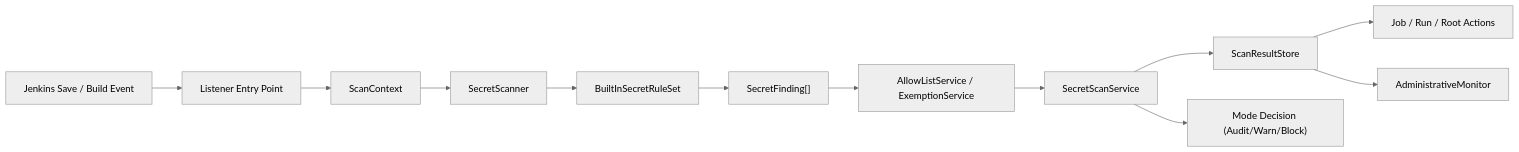
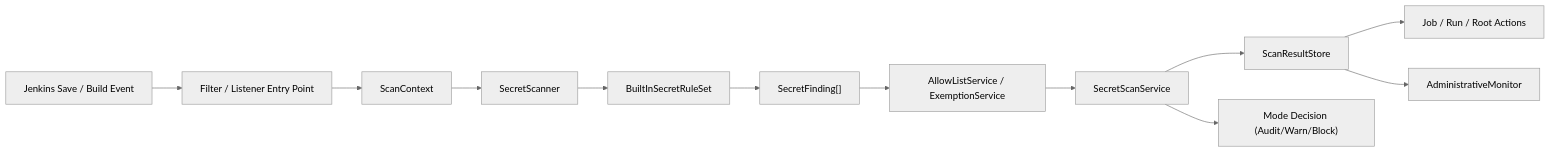
One commit to jenkinsci/secret-guard-plugin changed the diagram in docs/architecture.md. Above: the diagram before and after it, drawn with Mermaid (neutral theme). The commit also changed other lines of this file and 3 other files, not shown here.

````diff
--- a/docs/architecture.md
+++ b/docs/architecture.md
@@ -23,14 +23,14 @@
 ```mermaid
 flowchart LR
-    A["Jenkins Save / Build Event"] --> B["Listener Entry Point"]
+    A["Jenkins Save / Build Event"] --> B["Filter / Listener Entry Point"]
     B --> C["ScanContext"]
     C --> D["SecretScanner"]
     D --> E["BuiltInSecretRuleSet"]
     E --> F["SecretFinding[]"]
     F --> G["AllowListService / ExemptionService"]
     G --> H["SecretScanService"]
     H --> I["ScanResultStore"]
     H --> J["Mode Decision (Audit/Warn/Block)"]
     I --> K["Job / Run / Root Actions"]
     I --> L["AdministrativeMonitor"]
 ```
````
